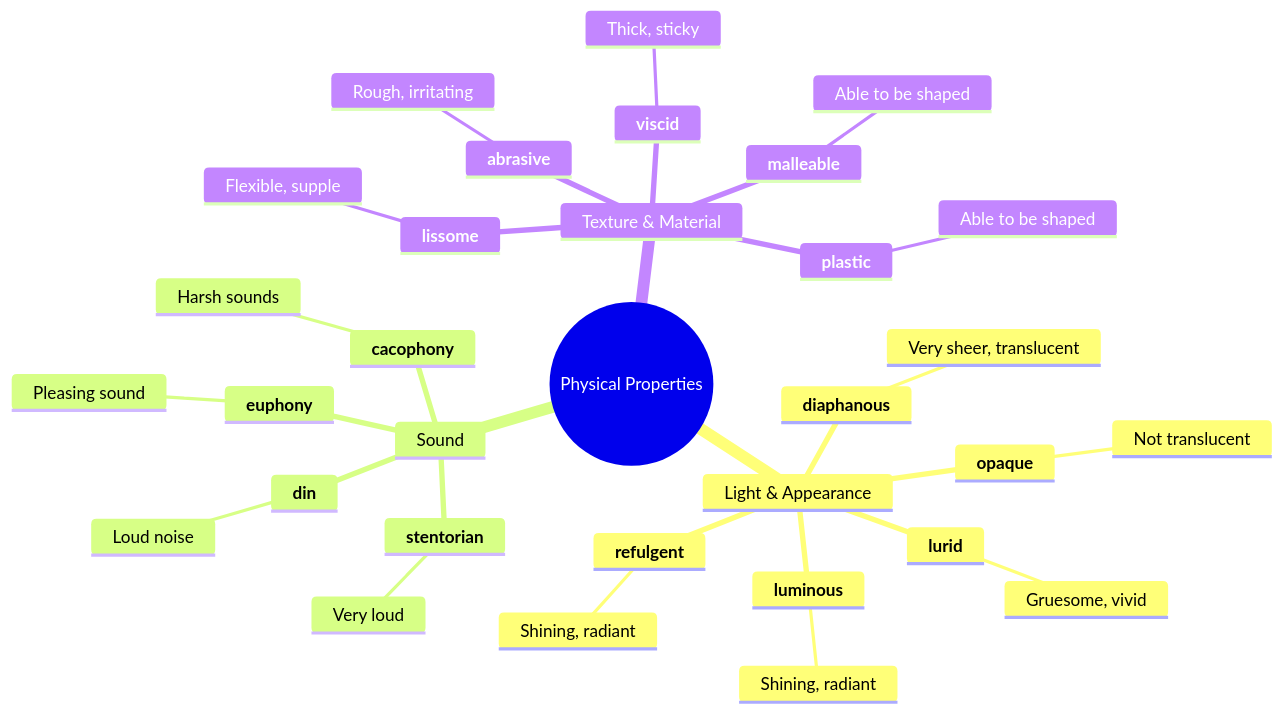
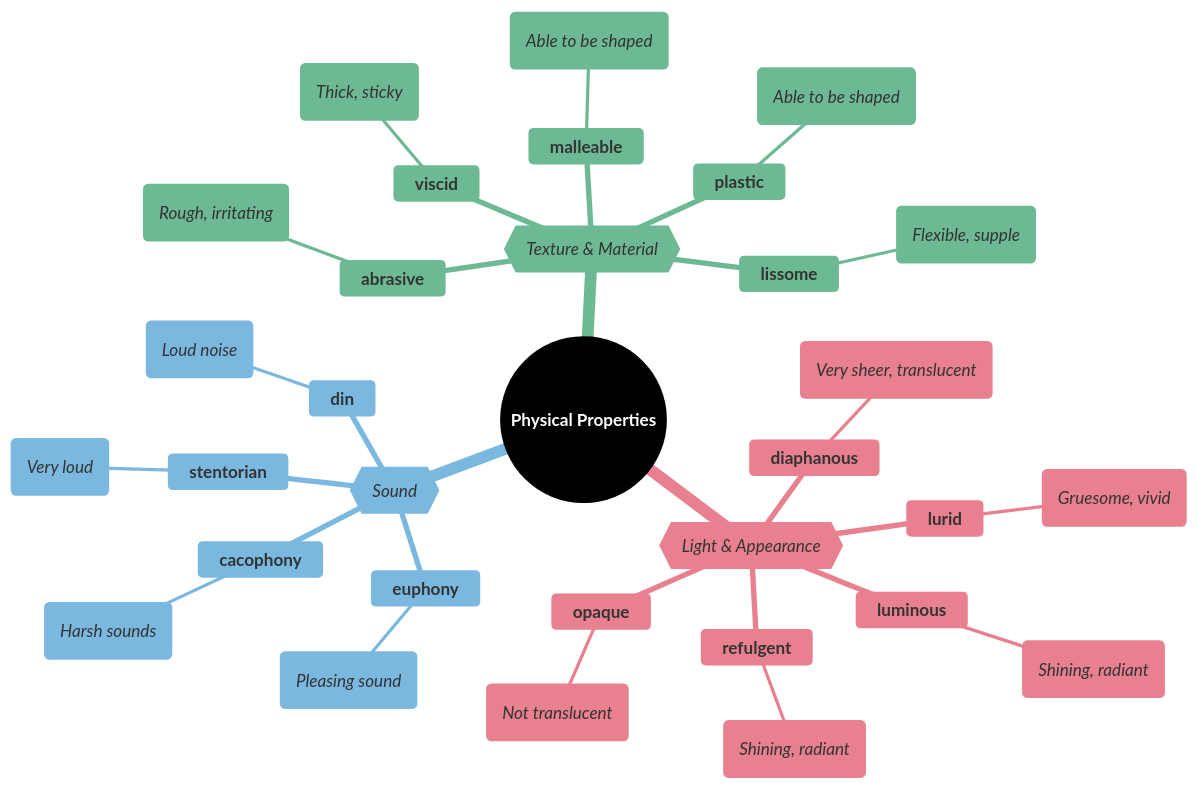
One commit to 95anantsingh/gre-preparation changed the fourth of 7 diagrams in mindmaps/16-physical-world-and-nature.md. Above: the diagram before and after it, drawn with Mermaid. The commit also changed other lines of this file and 14 other files, not shown here.

````diff
--- a/mindmaps/16-physical-world-and-nature.md
+++ b/mindmaps/16-physical-world-and-nature.md
@@ -191,35 +287,54 @@
 ```mermaid
+%%{
+  init: {
+    "theme": "base",
+    "themeVariables": {
+      "primaryColor": "#000000",
+      "cScale1": "#e8808f",  "cScaleInv1": "#a33445",
+      "cScale2": "#7bb8e0",  "cScaleInv2": "#266a93",
+      "cScale3": "#6db993",  "cScaleInv3": "#23543f",
+      "cScale4": "#f5d07a",  "cScaleInv4": "#c4903b",
+      "cScale5": "#b08fcc",  "cScaleInv5": "#5d3b75",
+      "cScale6": "#74dace",  "cScaleInv6": "#217d72",
+      "cScale7": "#f09570",  "cScaleInv7": "#b84112",
+      "cScale8": "#8ea8c2",  "cScaleInv8": "#32465e",
+      "cScale9": "#cc7fba",  "cScaleInv9": "#7d2868",
+      "cScale10": "#c99a78", "cScaleInv10": "#7c4e32",
+      "cScale11": "#a3a3a3", "cScaleInv11": "#3d3d3d"
+    }
+  }
+}%%
 mindmap
-  root((Physical Properties))
-    Light & Appearance
+  root((<font color=white>**Physical Properties**</font>))
+    {{_Light & Appearance_}}
       **diaphanous**
-        Very sheer, translucent
+        (_Very sheer, translucent_)
       **luminous**
-        Shining, radiant
+        (_Shining, radiant_)
       **refulgent**
-        Shining, radiant
+        (_Shining, radiant_)
       **opaque**
-        Not translucent
+        (_Not translucent_)
       **lurid**
-        Gruesome, vivid
-    Sound
+        (_Gruesome, vivid_)
+    {{_Sound_}}
       **cacophony**
-        Harsh sounds
+        (_Harsh sounds_)
       **euphony**
-        Pleasing sound
+        (_Pleasing sound_)
       **stentorian**
-        Very loud
+        (_Very loud_)
       **din**
-        Loud noise
-    Texture & Material
+        (_Loud noise_)
+    {{_Texture & Material_}}
       **abrasive**
-        Rough, irritating
+        (_Rough, irritating_)
       **viscid**
-        Thick, sticky
+        (_Thick, sticky_)
       **malleable**
-        Able to be shaped
+        (_Able to be shaped_)
       **plastic**
-        Able to be shaped
+        (_Able to be shaped_)
       **lissome**
-        Flexible, supple
+        (_Flexible, supple_)
 ```
````
